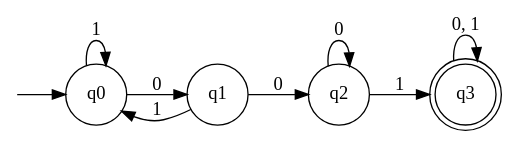
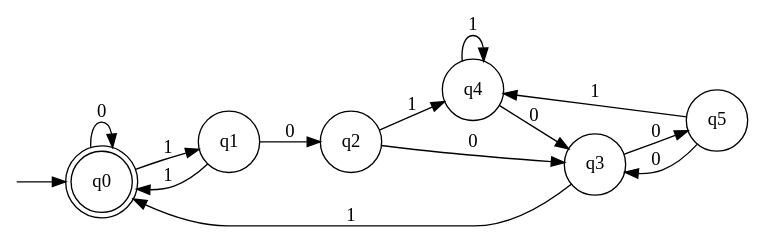
The diagram in dfa_m.dot (water-mizuu/finite_automata_conversion), drawn with Graphviz before and after one commit. The commit also changed 8 other files, not shown here.

```diff
--- a/dfa_m.dot
+++ b/dfa_m.dot
@@ -1,16 +1,23 @@
 digraph G {
   rankdir=LR;
   n__ [label="" shape=none width=.0];
-  0 [shape=circle label="q0"]
-  1 [shape=doublecircle label="q3"]
+  0 [shape=circle label="q1"]
+  1 [shape=doublecircle label="q0"]
   2 [shape=circle label="q2"]
-  3 [shape=circle label="q1"]
-  n__ -> 0;
-  0 -> 3 [label="0"]
-  0 -> 0 [label="1"]
-  3 -> 2 [label="0"]
-  3 -> 0 [label="1"]
-  2 -> 2 [label="0"]
-  2 -> 1 [label="1"]
-  1 -> 1 [label="0, 1"]
+  3 [shape=circle label="q4"]
+  4 [shape=circle label="q5"]
+  5 [shape=circle label="q3"]
+  n__ -> 1;
+  1 -> 1 [label="0"]
+  1 -> 0 [label="1"]
+  0 -> 2 [label="0"]
+  0 -> 1 [label="1"]
+  2 -> 5 [label="0"]
+  2 -> 3 [label="1"]
+  5 -> 4 [label="0"]
+  5 -> 1 [label="1"]
+  3 -> 5 [label="0"]
+  3 -> 3 [label="1"]
+  4 -> 5 [label="0"]
+  4 -> 3 [label="1"]
 }
```
